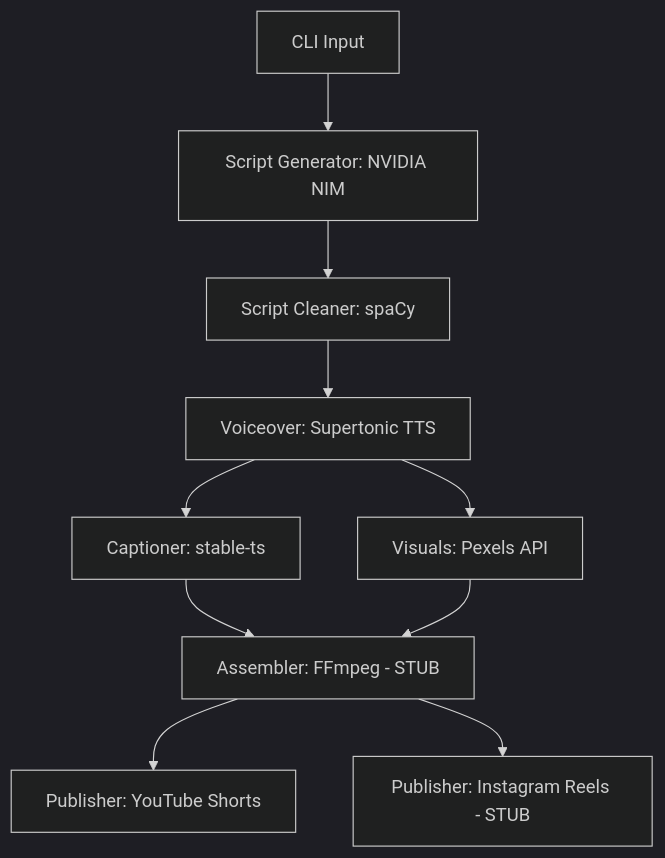
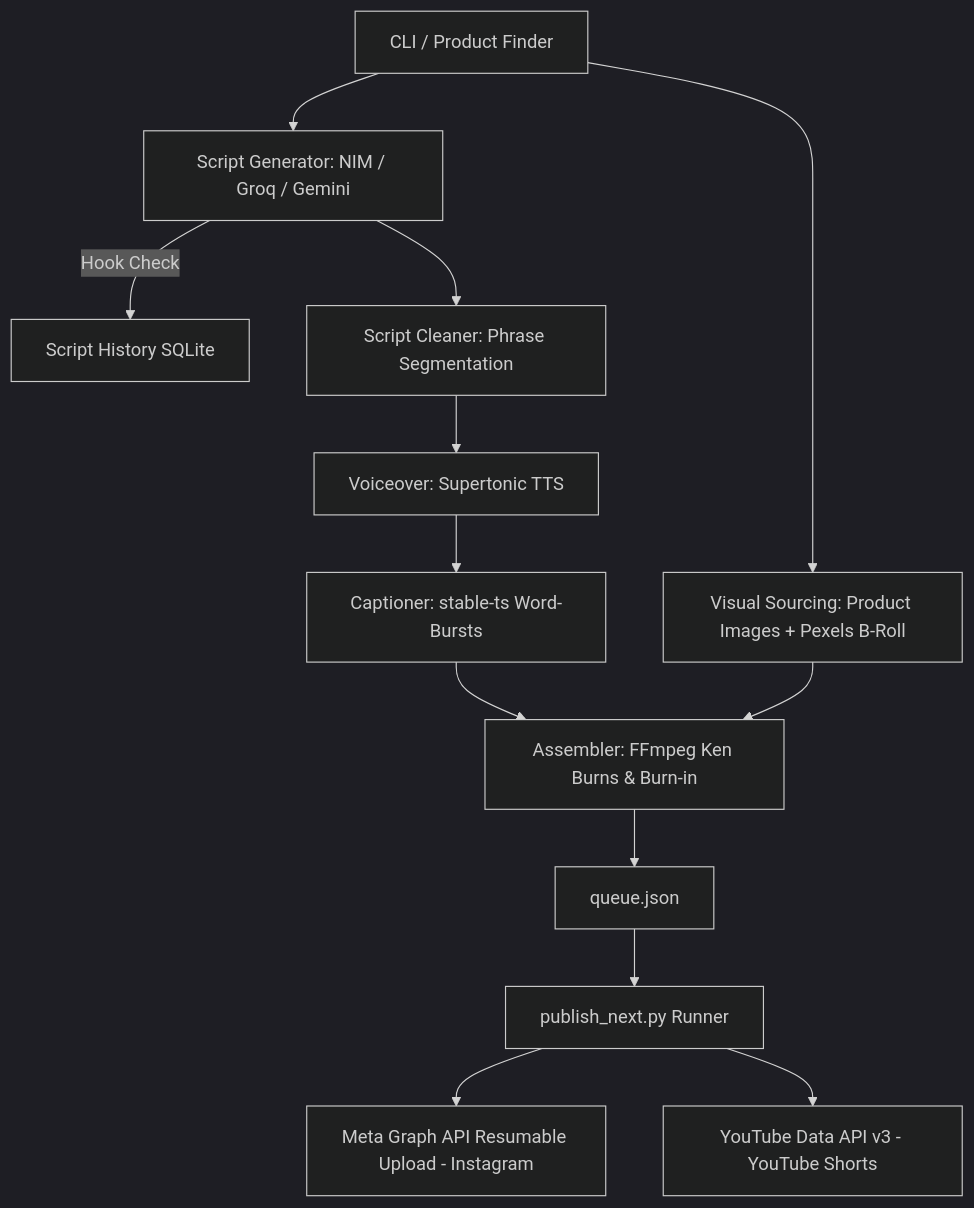
One commit to KIZZ2006/AFFILATED changed the diagram in README.md. Above: the diagram before and after it, drawn with Mermaid (dark theme). The commit also changed other lines of this file and 26 other files, not shown here.

````diff
--- a/README.md
+++ b/README.md
@@ -9,12 +9,15 @@
 ```mermaid
 graph TD
-    A[CLI Input] --> B[Script Generator: NVIDIA NIM]
-    B --> C[Script Cleaner: spaCy]
-    C --> D[Voiceover: Supertonic TTS]
-    D --> E[Captioner: stable-ts]
-    D --> F[Visuals: Pexels API]
-    E --> G[Assembler: FFmpeg - STUB]
-    F --> G
-    G --> H[Publisher: YouTube Shorts]
-    G --> I[Publisher: Instagram Reels - STUB]
+    A[CLI / Product Finder] --> B[Script Generator: NIM / Groq / Gemini]
+    B -->|Hook Check| C[Script History SQLite]
+    B --> D[Script Cleaner: Phrase Segmentation]
+    D --> E[Voiceover: Supertonic TTS]
+    E --> F[Captioner: stable-ts Word-Bursts]
+    A --> G[Visual Sourcing: Product Images + Pexels B-Roll]
+    F --> H[Assembler: FFmpeg Ken Burns & Burn-in]
+    G --> H
+    H --> I[queue.json]
+    I --> J[publish_next.py Runner]
+    J --> K[Meta Graph API Resumable Upload - Instagram]
+    J --> L[YouTube Data API v3 - YouTube Shorts]
 ```
````
